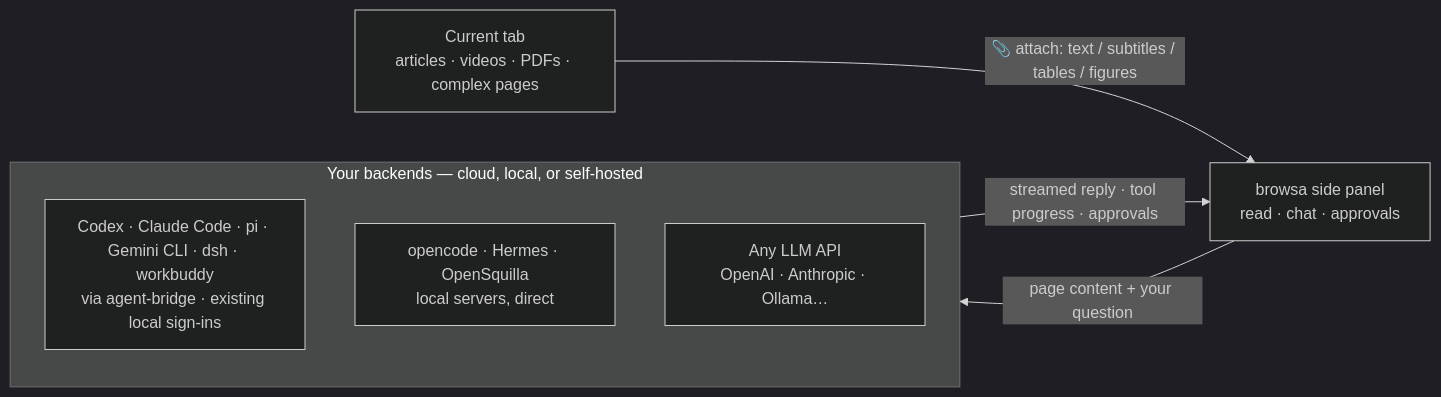
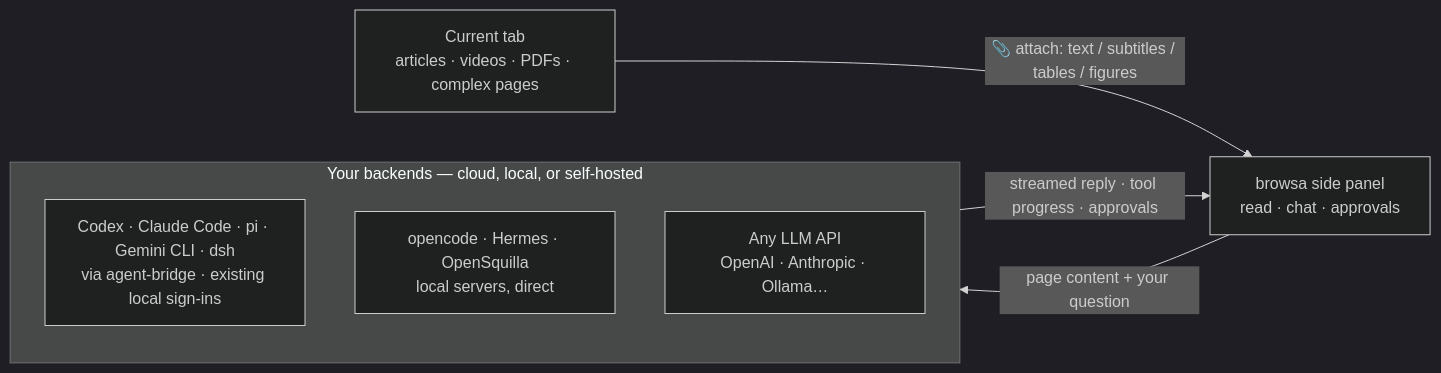
Before and after one commit to xiaohuzai/browsa: the diagram in README.en.md, drawn with Mermaid (dark theme). The commit also changed other lines of this file and 35 other files, not shown here.

First line of the commit message:
feat(attach): 知乎/掘金/极客时间/雪球配图接通 [图N] 管线；workbuddy 全线移除 (#250)

````diff
--- a/README.en.md
+++ b/README.en.md
@@ -64,13 +63,13 @@
 ```mermaid
 flowchart LR
     P["Current tab<br/>articles · videos · PDFs · complex pages"]
     B["browsa side panel<br/>read · chat · approvals"]
     subgraph Y["Your backends — cloud, local, or self-hosted"]
-        A1["Codex · Claude Code · pi · Gemini CLI · dsh · workbuddy<br/>via agent-bridge · existing local sign-ins"]
+        A1["Codex · Claude Code · pi · Gemini CLI · dsh<br/>via agent-bridge · existing local sign-ins"]
         A2["opencode · Hermes · OpenSquilla<br/>local servers, direct"]
         A3["Any LLM API<br/>OpenAI · Anthropic · Ollama…"]
     end
     P -->|"📎 attach: text / subtitles / tables / figures"| B
     B -->|"page content + your question"| Y
     Y -->|"streamed reply · tool progress · approvals"| B
 ```
````
